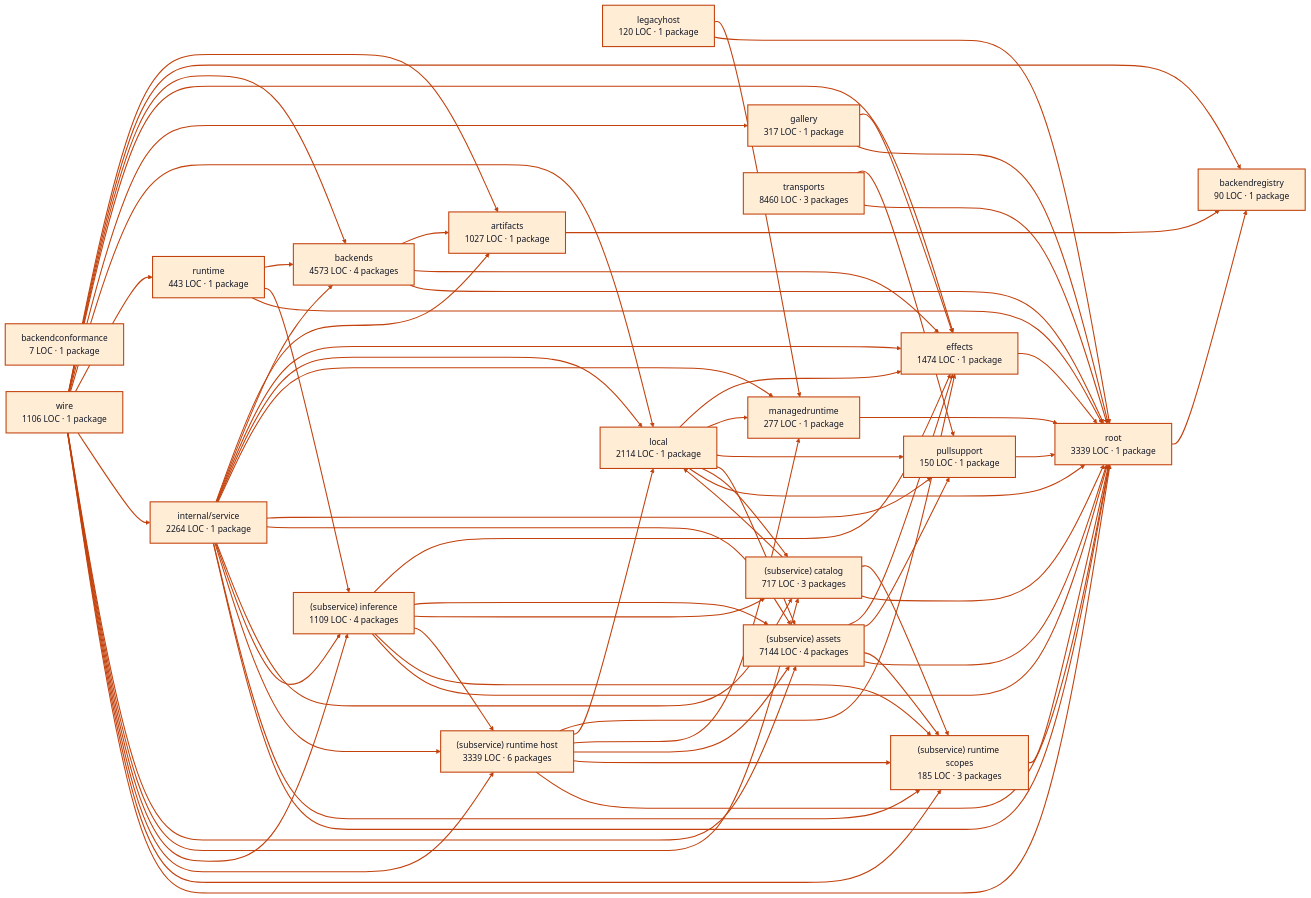
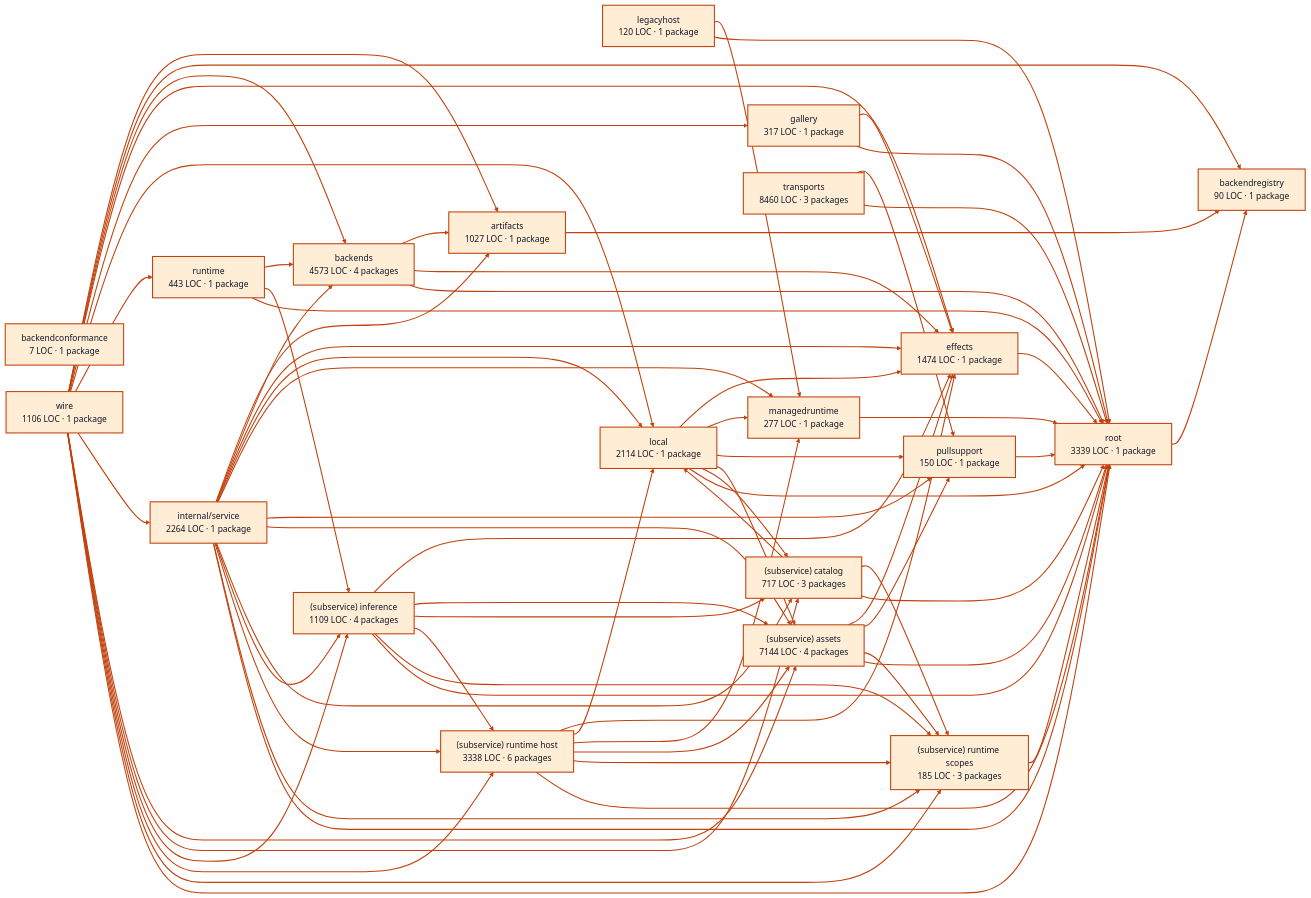
Before and after one commit to portpowered/you-agent-factory: the diagram in docs/architecture/visualizations/services/models.md, drawn with Mermaid. The commit also changed other lines of this file and 21 other files, not shown here.

Commit message:
docs: refresh backend architecture visualizations

```diff
--- a/docs/architecture/visualizations/services/models.md
+++ b/docs/architecture/visualizations/services/models.md
@@ -25,7 +25,7 @@
   p12["(subservice) assets<br/>7144 LOC · 4 packages"]
   p13["(subservice) catalog<br/>717 LOC · 3 packages"]
   p14["(subservice) inference<br/>1109 LOC · 4 packages"]
-  p15["(subservice) runtime host<br/>3339 LOC · 6 packages"]
+  p15["(subservice) runtime host<br/>3338 LOC · 6 packages"]
   p16["(subservice) runtime scopes<br/>185 LOC · 3 packages"]
   p17["root<br/>3339 LOC · 1 package"]
   p18["transports<br/>8460 LOC · 3 packages"]
```
